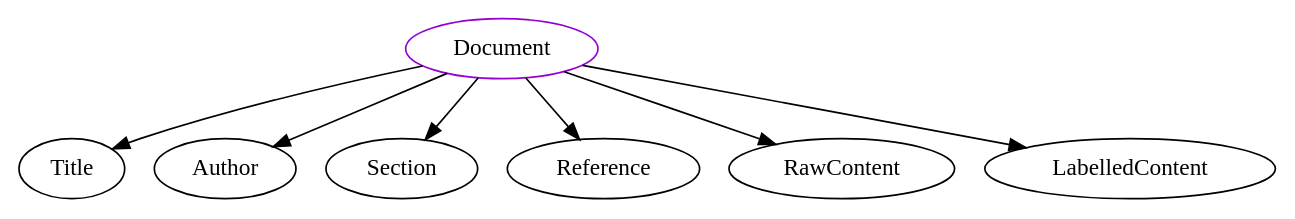
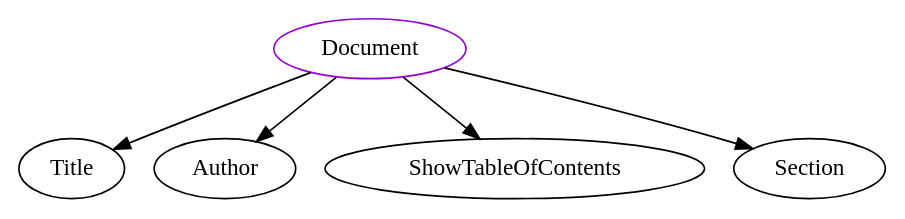
Before and after one commit to JacquesCarette/Drasil: the diagram in analysis/TypeDependencyGraphs/lang/Document.dot, drawn with Graphviz. The commit also changed 808 other files, not shown here.

```diff
--- a/analysis/TypeDependencyGraphs/lang/Document.dot
+++ b/analysis/TypeDependencyGraphs/lang/Document.dot
@@ -1,9 +1,7 @@
 digraph document{
 Document -> Title;
 Document -> Author;
+Document -> ShowTableOfContents;
 Document -> Section;
-Document -> Reference;
-Document -> RawContent;
-Document -> LabelledContent;
 Document	[shape=oval, color=darkviolet, label=Document];
 }
```
